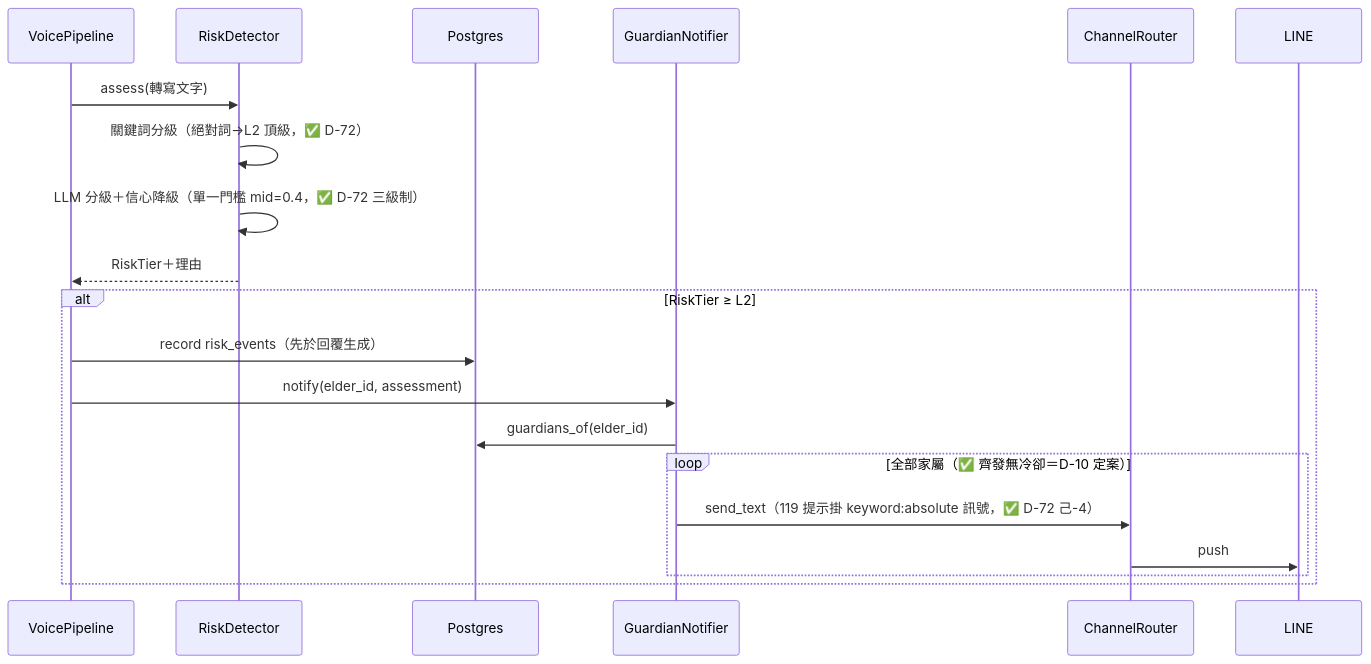
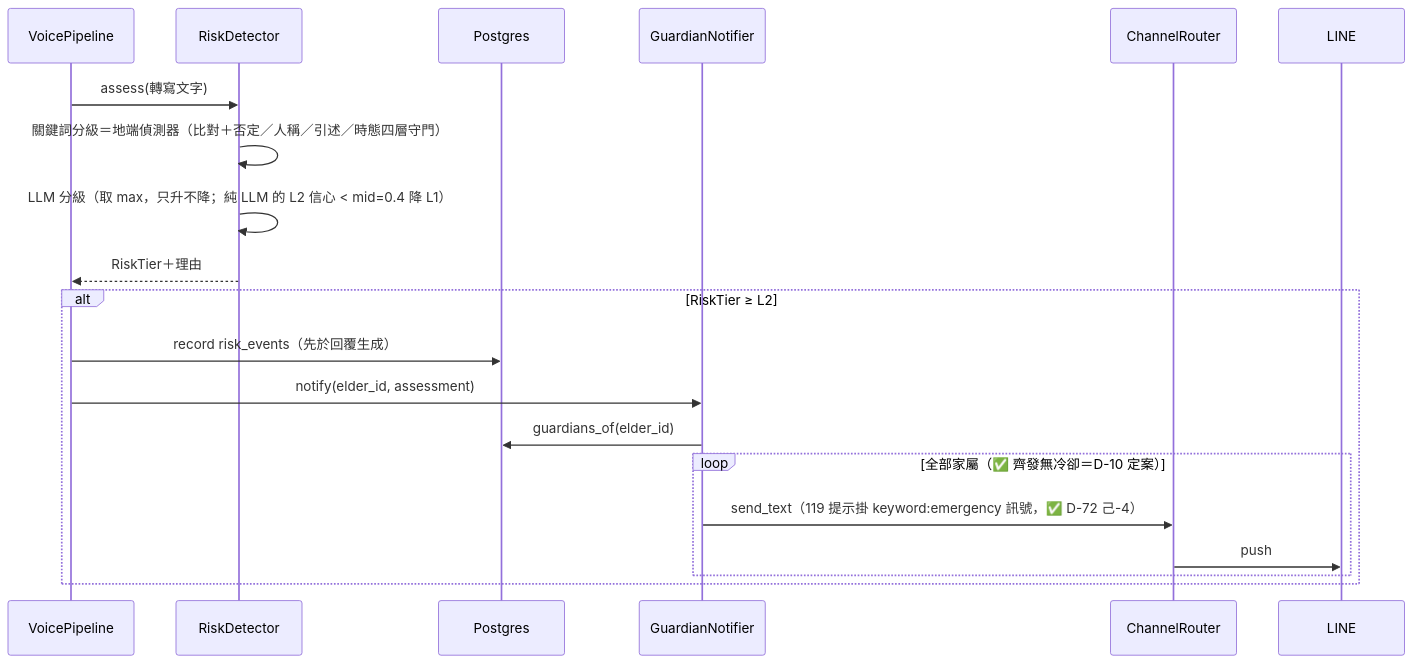
One commit to leo53021313/kinsun changed the ninth of 11 diagrams in docs/dev/05_架構與設計.md. Above: the diagram before and after it, drawn with Mermaid. The commit also changed other lines of this file and 11 other files, not shown here.

````diff
--- a/docs/dev/05_架構與設計.md
+++ b/docs/dev/05_架構與設計.md
@@ -473,23 +473,23 @@
 ```mermaid
 sequenceDiagram
     participant P as VoicePipeline
     participant D as RiskDetector
     participant DB as Postgres
     participant N as GuardianNotifier
     participant R as ChannelRouter
     participant LINE as LINE
 
     P->>D: assess(轉寫文字)
-    D->>D: 關鍵詞分級（絕對詞→L2 頂級，✅ D-72）
-    D->>D: LLM 分級＋信心降級（單一門檻 mid=0.4，✅ D-72 三級制）
+    D->>D: 關鍵詞分級＝地端偵測器（比對＋否定／人稱／引述／時態四層守門）
+    D->>D: LLM 分級（取 max，只升不降；純 LLM 的 L2 信心 < mid=0.4 降 L1）
     D-->>P: RiskTier＋理由
     alt RiskTier ≥ L2
         P->>DB: record risk_events（先於回覆生成）
         P->>N: notify(elder_id, assessment)
         N->>DB: guardians_of(elder_id)
         loop 全部家屬（✅ 齊發無冷卻＝D-10 定案）
-            N->>R: send_text（119 提示掛 keyword:absolute 訊號，✅ D-72 己-4）
+            N->>R: send_text（119 提示掛 keyword:emergency 訊號，✅ D-72 己-4）
             R->>LINE: push
         end
     end
 ```
````
